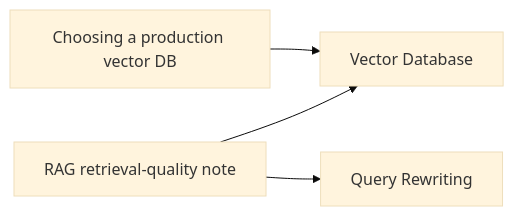
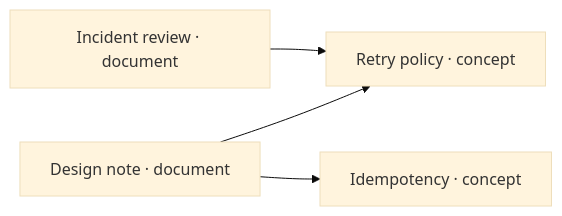
One commit to junyeong-ai/lorekeeper changed the second of 2 diagrams in README.en.md. Above: the diagram before and after it, drawn with Mermaid (base theme). The commit also changed other lines of this file and 4 other files, not shown here.

````diff
--- a/README.en.md
+++ b/README.en.md
@@ -303,6 +54,6 @@
 ```mermaid
 graph LR
-    A["RAG retrieval-quality note"] --> V["Vector Database"]
-    A --> Q["Query Rewriting"]
-    B["Choosing a production vector DB"] --> V
+    A["Incident review · document"] --> R["Retry policy · concept"]
+    B["Design note · document"] --> R
+    B --> I["Idempotency · concept"]
 ```
````
